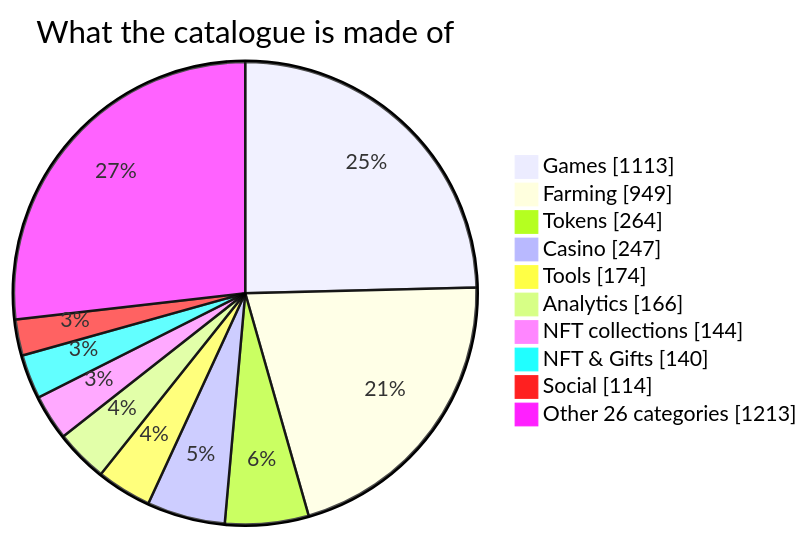
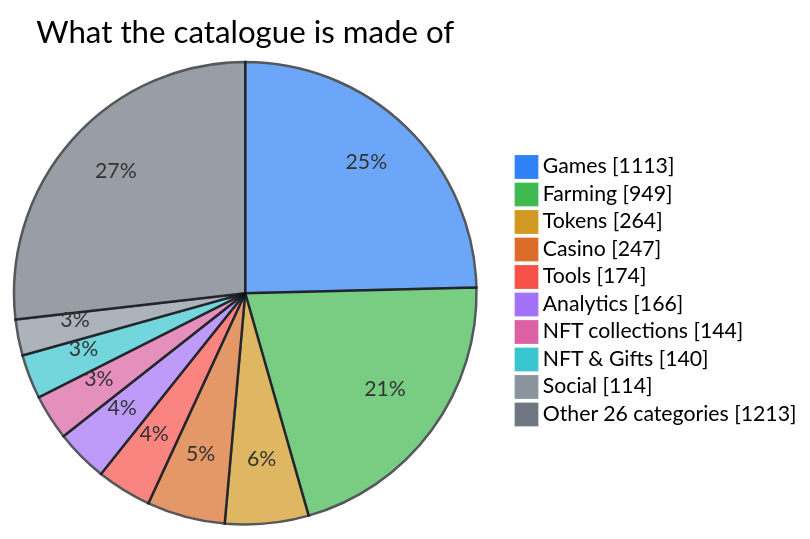
One commit to vitalikgpt/gram-ecosystem changed the first of 4 diagrams in README.md. Above: the diagram before and after it, drawn with Mermaid. The commit also changed 1 other file, not shown here.

Commit message:
README: a readable palette for the catalogue pie

````diff
--- a/README.md
+++ b/README.md
@@ -59,14 +59,15 @@
 ```mermaid
+%%{init: {"themeVariables": {"pie1": "#2f81f7", "pie2": "#3fb950", "pie3": "#d29922", "pie4": "#db6d28", "pie5": "#f85149", "pie6": "#a371f7", "pie7": "#db61a2", "pie8": "#39c5cf", "pie9": "#8b949e", "pie10": "#6e7681", "pieStrokeColor": "#0d1117", "pieOuterStrokeWidth": "0px"}}}%%
 pie showData
   title What the catalogue is made of
   "Games" : 1113
   "Farming" : 949
   "Tokens" : 264
   "Casino" : 247
   "Tools" : 174
   "Analytics" : 166
   "NFT collections" : 144
   "NFT & Gifts" : 140
   "Social" : 114
   "Other 26 categories" : 1213
 ```
````
